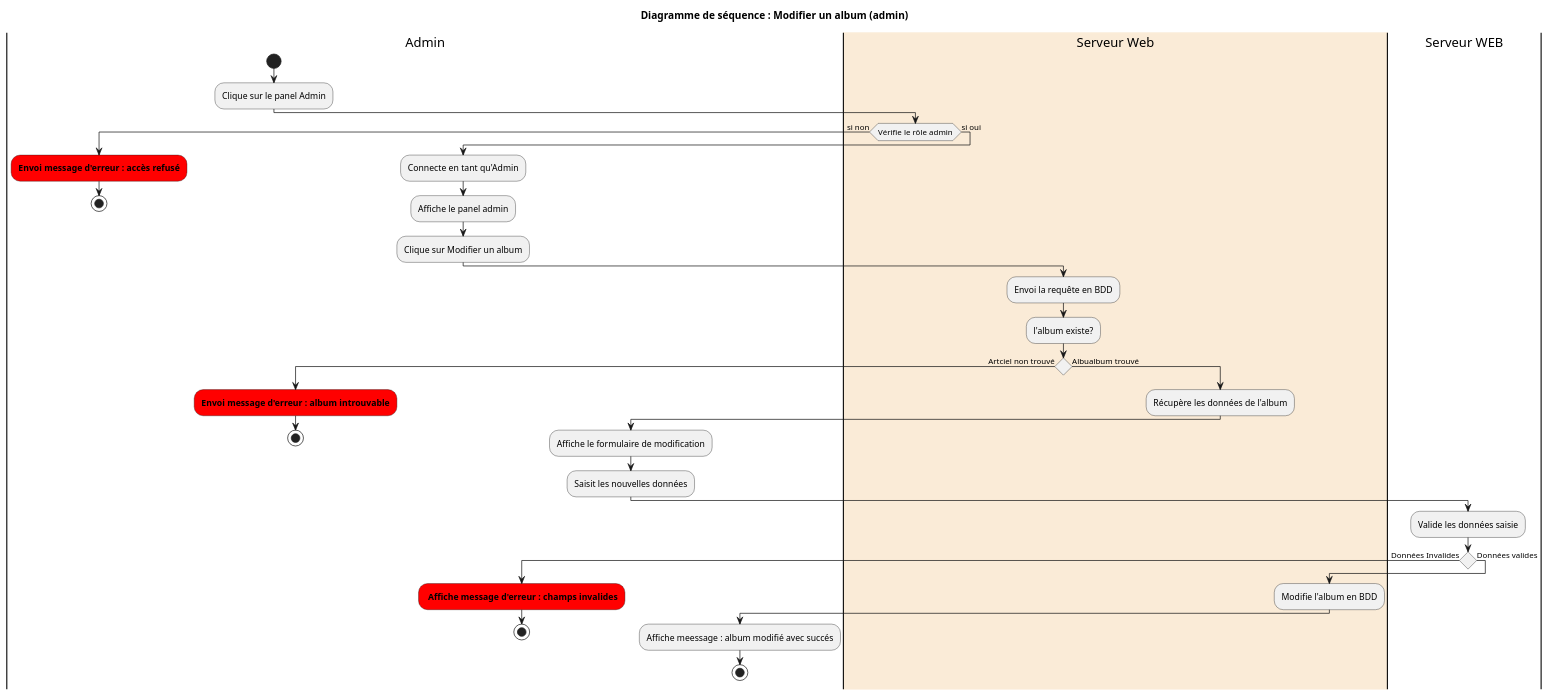
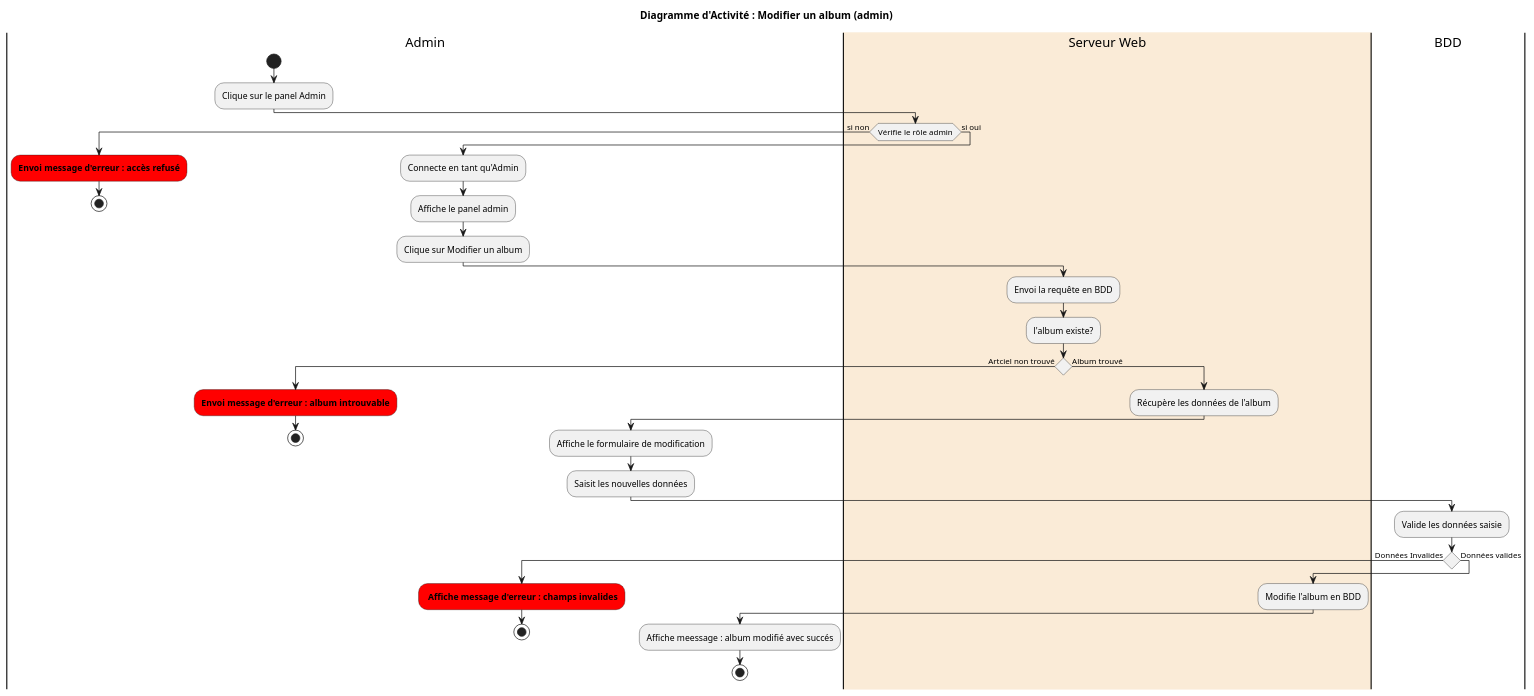
The diagram in diagramme/DiagActiviteConnexion.puml (tOCHSKa/mackerprodV2), drawn with PlantUML before and after one commit. The commit also changed 4 other files, not shown here.

```diff
--- a/diagramme/DiagActiviteConnexion.puml
+++ b/diagramme/DiagActiviteConnexion.puml
@@ -1,43 +1,43 @@
 @startuml diagmodif
-title Diagramme de séquence : Modifier un album (admin)
+title Diagramme d'Activité : Modifier un album (admin)
 
 |Admin|
 start
 :Clique sur le panel Admin;
 |#AntiqueWhite|Serveur Web|
 if (Vérifie le rôle admin) is (si non) then
   |Admin|
   #red:**Envoi message d'erreur : accès refusé**;
   stop
 else (si oui)
 :Connecte en tant qu'Admin;
   |Admin|
   :Affiche le panel admin;
   :Clique sur Modifier un album;
   |Serveur Web|
   :Envoi la requête en BDD;
   :l'album existe?;
   if () is (Artciel non trouvé) then
   |Admin|
   #red:**Envoi message d'erreur : album introuvable**;
   stop
- else (Albualbum trouvé)
+ else (Album trouvé)
    |Serveur Web|
    :Récupère les données de l'album;
    |Admin|
    :Affiche le formulaire de modification;
    :Saisit les nouvelles données;
-   |Serveur WEB|
+   |BDD|
    :Valide les données saisie;
    if () is (Données Invalides) then
    |Admin|
    #red: **Affiche message d'erreur : champs invalides**;
    stop
  else (Données valides)
    |Serveur Web|
    :Modifie l'album en BDD;
    |Admin|
    :Affiche meessage : album modifié avec succés;
    stop
 
    @enduml
```
